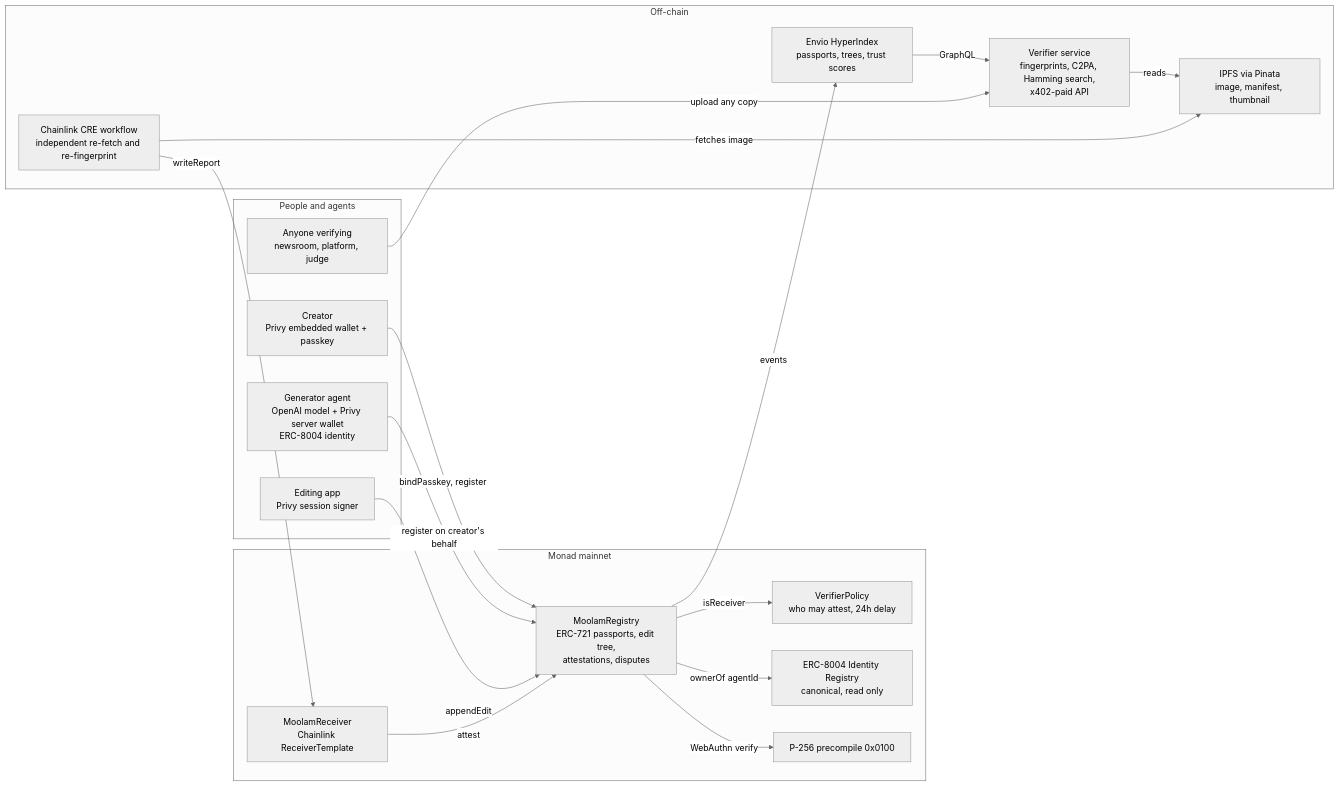
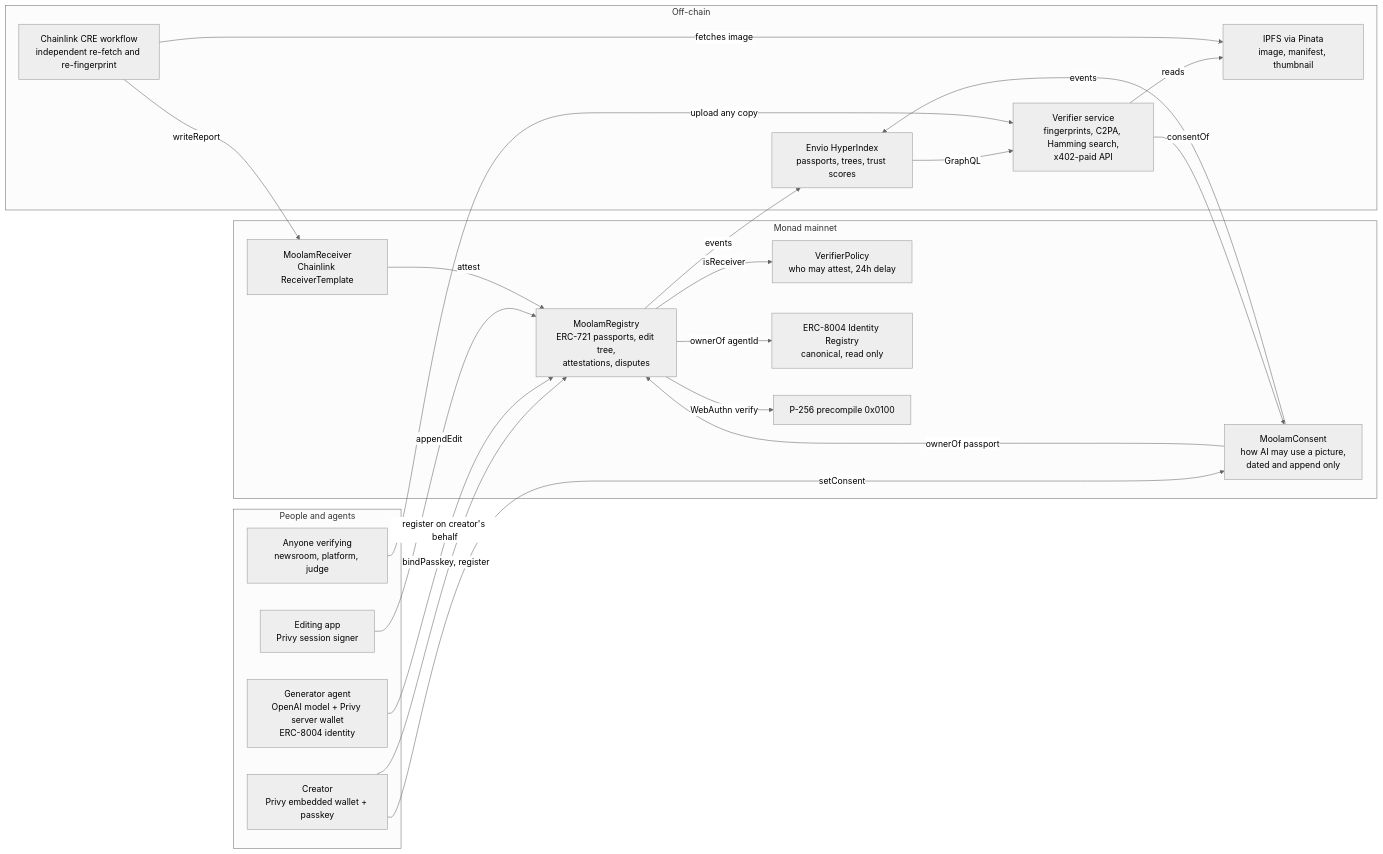
One commit to ramakrishnanhulk20/Moolam changed the first of 12 diagrams in docs/developers/architecture.md. Above: the diagram before and after it, drawn with Mermaid (neutral theme). The commit also changed other lines of this file and 35 other files, not shown here.

````diff
--- a/docs/developers/architecture.md
+++ b/docs/developers/architecture.md
@@ -20,37 +22,42 @@
 ```mermaid
 flowchart LR
     subgraph People and agents
         C[Creator<br/>Privy embedded wallet + passkey]
         G[Generator agent<br/>OpenAI model + Privy server wallet<br/>ERC-8004 identity]
         E[Editing app<br/>Privy session signer]
         V[Anyone verifying<br/>newsroom, platform, judge]
     end
 
     subgraph Monad mainnet
         R[MoolamRegistry<br/>ERC-721 passports, edit tree,<br/>attestations, disputes]
         P[VerifierPolicy<br/>who may attest, 24h delay]
         RC[MoolamReceiver<br/>Chainlink ReceiverTemplate]
+        MC[MoolamConsent<br/>how AI may use a picture,<br/>dated and append only]
         I8[ERC-8004 Identity Registry<br/>canonical, read only]
         PC[P-256 precompile 0x0100]
     end
 
     subgraph Off-chain
         S[Verifier service<br/>fingerprints, C2PA, Hamming search,<br/>x402-paid API]
         X[Envio HyperIndex<br/>passports, trees, trust scores]
         W[Chainlink CRE workflow<br/>independent re-fetch and re-fingerprint]
         F[IPFS via Pinata<br/>image, manifest, thumbnail]
     end
 
     C -- bindPasskey, register --> R
+    C -- setConsent --> MC
     G -- register on creator's behalf --> R
     E -- appendEdit --> R
     R -- WebAuthn verify --> PC
     R -- ownerOf agentId --> I8
     R -- isReceiver --> P
+    MC -- ownerOf passport --> R
     W -- writeReport --> RC -- attest --> R
     R -- events --> X
+    MC -- events --> X
     X -- GraphQL --> S
+    S -- consentOf --> MC
     S -- reads --> F
     W -- fetches image --> F
     V -- upload any copy --> S
 ```
````
